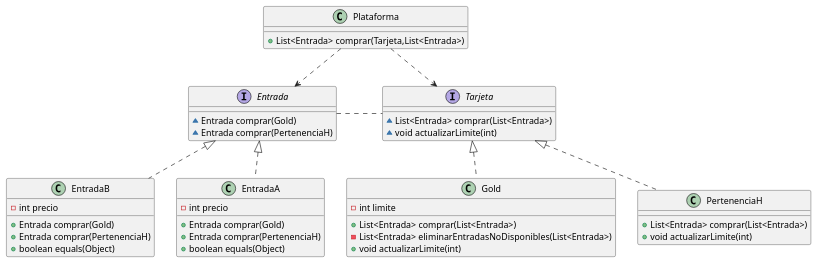
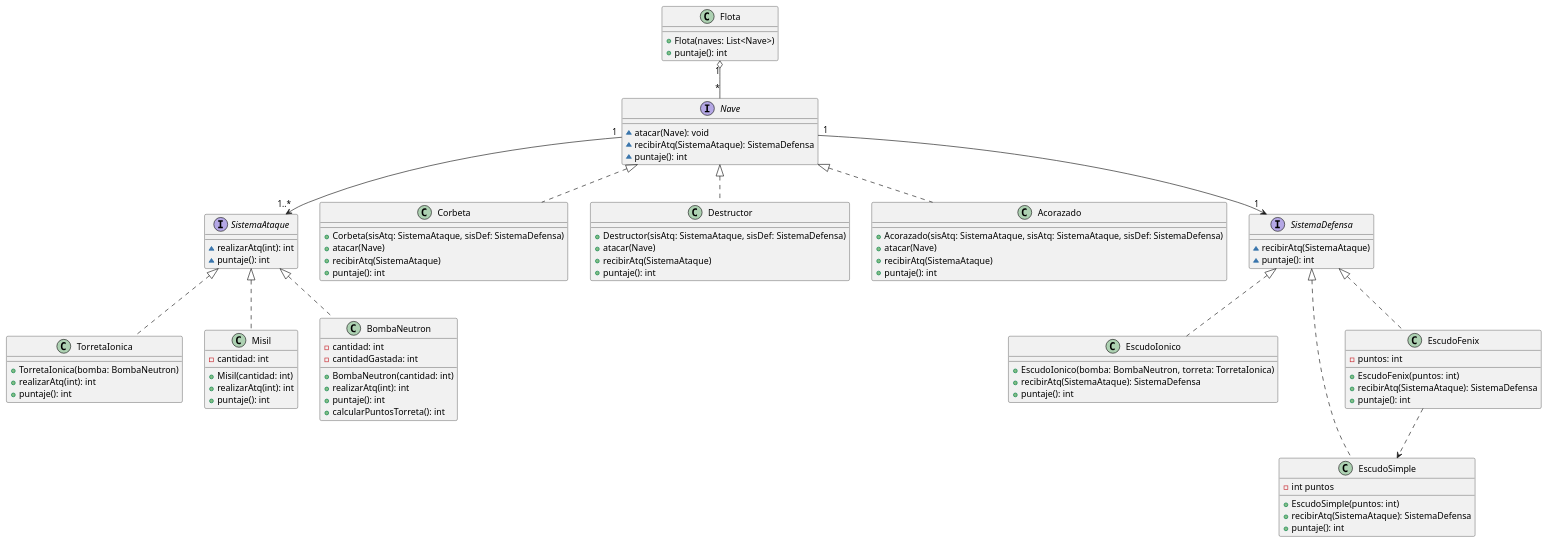
The diagram in src/diagrams/DC.puml (lucas96will/Fiuba_ParadigmasDeProgramacion), drawn with PlantUML before and after one commit. The commit also changed 1 other file, not shown here.

```diff
--- a/src/diagrams/DC.puml
+++ b/src/diagrams/DC.puml
@@ -1,52 +1,117 @@
 @startuml
-interface .Tarjeta {
-~ List<Entrada> comprar(List<Entrada>)
-~ void actualizarLimite(int)
+interface SistemaAtaque {
+~ realizarAtq(int): int
+~ puntaje(): int
 }
 
-class EntradaB {
-- int precio
-+ Entrada comprar(Gold)
-+ Entrada comprar(PertenenciaH)
-+ boolean equals(Object)
+class EscudoIonico {
++ EscudoIonico(bomba: BombaNeutron, torreta: TorretaIonica)
++ recibirAtq(SistemaAtaque): SistemaDefensa
++ puntaje(): int
 }
 
 
-interface Entrada {
-~ Entrada comprar(Gold)
-~ Entrada comprar(PertenenciaH)
+interface Nave {
+~ atacar(Nave): void
+~ recibirAtq(SistemaAtaque): SistemaDefensa
+~ puntaje(): int
 }
 
-class Plataforma {
-+ List<Entrada> comprar(Tarjeta,List<Entrada>)
-}
-
-class EntradaA {
-- int precio
-+ Entrada comprar(Gold)
-+ Entrada comprar(PertenenciaH)
-+ boolean equals(Object)
+class TorretaIonica {
++ TorretaIonica(bomba: BombaNeutron)
++ realizarAtq(int): int
++ puntaje(): int
 }
 
 
-class Gold {
-- int limite
-+ List<Entrada> comprar(List<Entrada>)
-- List<Entrada> eliminarEntradasNoDisponibles(List<Entrada>)
-+ void actualizarLimite(int)
+class Corbeta {
++ Corbeta(sisAtq: SistemaAtaque, sisDef: SistemaDefensa)
++ atacar(Nave)
++ recibirAtq(SistemaAtaque)
++ puntaje(): int
 }
 
 
-class PertenenciaH {
-+ List<Entrada> comprar(List<Entrada>)
-+ void actualizarLimite(int)
+class Destructor {
++Destructor(sisAtq: SistemaAtaque, sisDef: SistemaDefensa)
++ atacar(Nave)
++ recibirAtq(SistemaAtaque)
++ puntaje(): int
 }
 
-Plataforma ..> Tarjeta
-Plataforma ..> Entrada
-Entrada . Tarjeta
-Entrada <|.. EntradaB
-Entrada <|.. EntradaA
-Tarjeta <|.. Gold
-Tarjeta <|.. PertenenciaH
+
+class EscudoSimple {
+- int puntos
++ EscudoSimple(puntos: int)
++ recibirAtq(SistemaAtaque): SistemaDefensa
++ puntaje(): int
+}
+
+
+
+class EscudoFenix {
+- puntos: int
++ EscudoFenix(puntos: int)
++ recibirAtq(SistemaAtaque): SistemaDefensa
++ puntaje(): int
+}
+
+
+class Misil {
+- cantidad: int
++ Misil(cantidad: int)
++ realizarAtq(int): int
++ puntaje(): int
+}
+
+
+class Flota {
++ Flota(naves: List<Nave>)
++ puntaje(): int
+}
+
+
+class BombaNeutron {
+- cantidad: int
+- cantidadGastada: int
++ BombaNeutron(cantidad: int)
++ realizarAtq(int): int
++ puntaje(): int
++ calcularPuntosTorreta(): int
+}
+
+
+class Acorazado {
++ Acorazado(sisAtq: SistemaAtaque, sisAtq: SistemaAtaque, sisDef: SistemaDefensa)
++ atacar(Nave)
++ recibirAtq(SistemaAtaque)
++ puntaje(): int
+}
+
+
+
+
+interface SistemaDefensa {
+~ recibirAtq(SistemaAtaque)
+~ puntaje(): int
+}
+
+
+
+SistemaDefensa <|.. EscudoIonico
+SistemaAtaque <|.. TorretaIonica
+Nave <|.. Corbeta
+Nave <|.. Destructor
+SistemaDefensa <|.. EscudoSimple
+SistemaDefensa <|.. EscudoFenix
+SistemaAtaque <|.. Misil
+SistemaAtaque <|.. BombaNeutron
+Nave <|.. Acorazado
+
+Flota "1" o-- "*"Nave
+Nave "1" --> "1..*" SistemaAtaque
+Nave "1" --> "1" SistemaDefensa
+
+EscudoFenix ..> EscudoSimple
+
 @enduml
```
